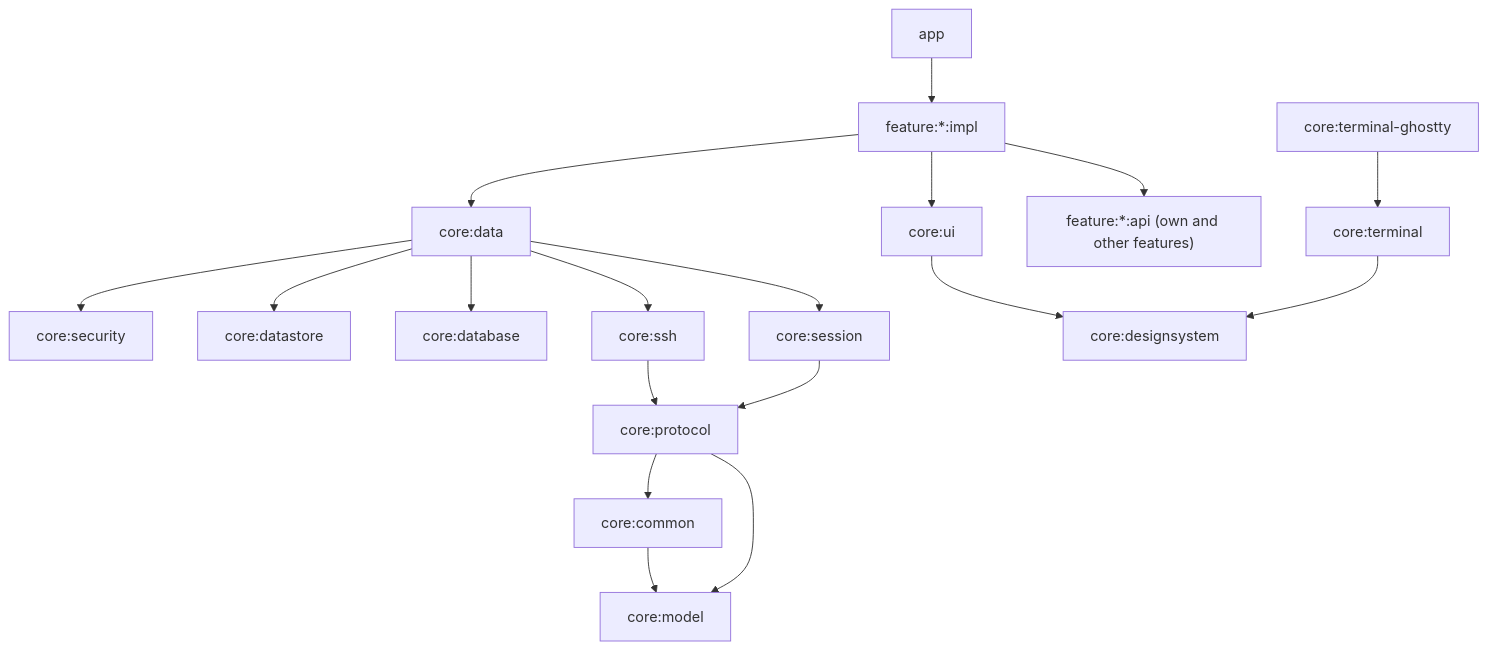
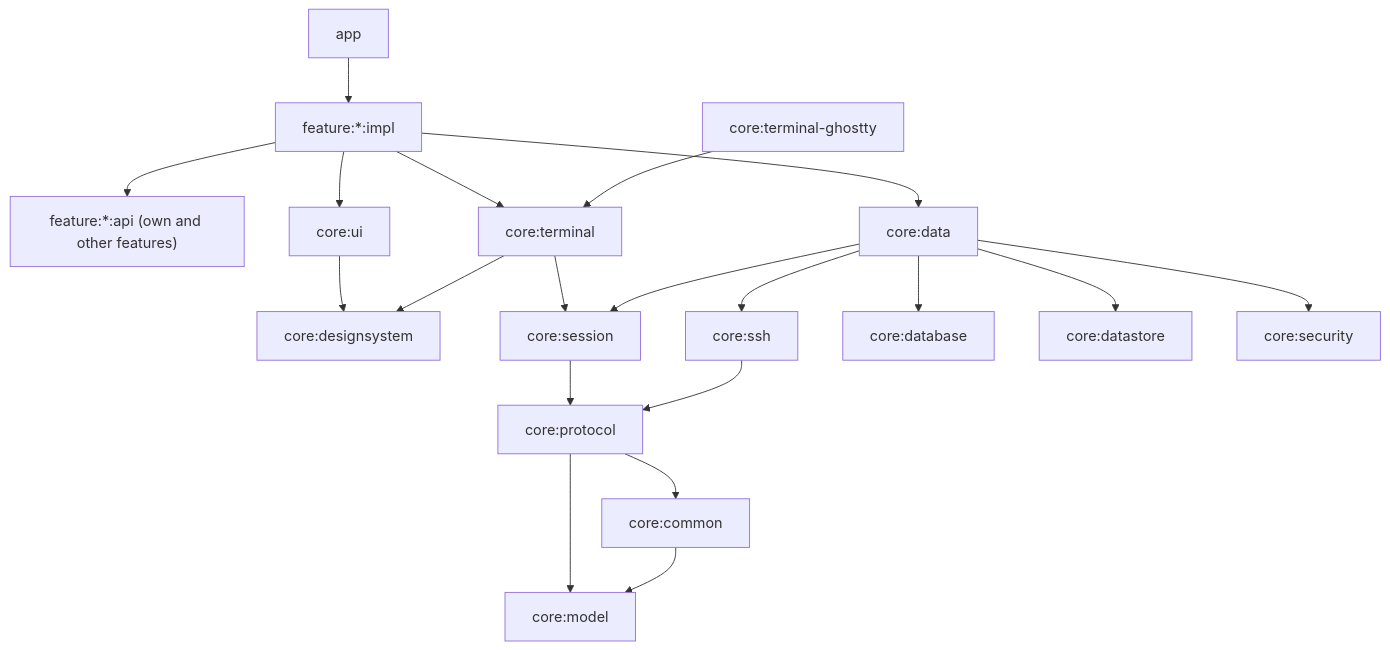
One commit to tajchert/flocket changed the diagram in android/docs/ARCHITECTURE.md. Above: the diagram before and after it, drawn with Mermaid. The commit also changed 5 other files, not shown here.

Commit message:
docs(android): update module graph, README, agent guide; fix mangled build comments

````diff
--- a/android/docs/ARCHITECTURE.md
+++ b/android/docs/ARCHITECTURE.md
@@ -7,20 +7,22 @@
 ```mermaid
 graph TD
   app --> feature_impl["feature:*:impl"]
   feature_impl --> feature_api["feature:*:api (own and other features)"]
   feature_impl --> core_ui[core:ui]
   feature_impl --> core_data[core:data]
+  feature_impl --> core_terminal
   core_ui --> core_designsystem[core:designsystem]
   core_terminal[core:terminal] --> core_designsystem
+  core_terminal --> core_session
   core_ghostty[core:terminal-ghostty] --> core_terminal
   core_data --> core_session[core:session]
   core_data --> core_ssh[core:ssh]
   core_data --> core_database[core:database]
   core_data --> core_datastore[core:datastore]
   core_data --> core_security[core:security]
   core_session --> core_protocol[core:protocol]
   core_ssh --> core_protocol
   core_protocol --> core_model[core:model]
   core_protocol --> core_common[core:common]
   core_common --> core_model
 ```
````
